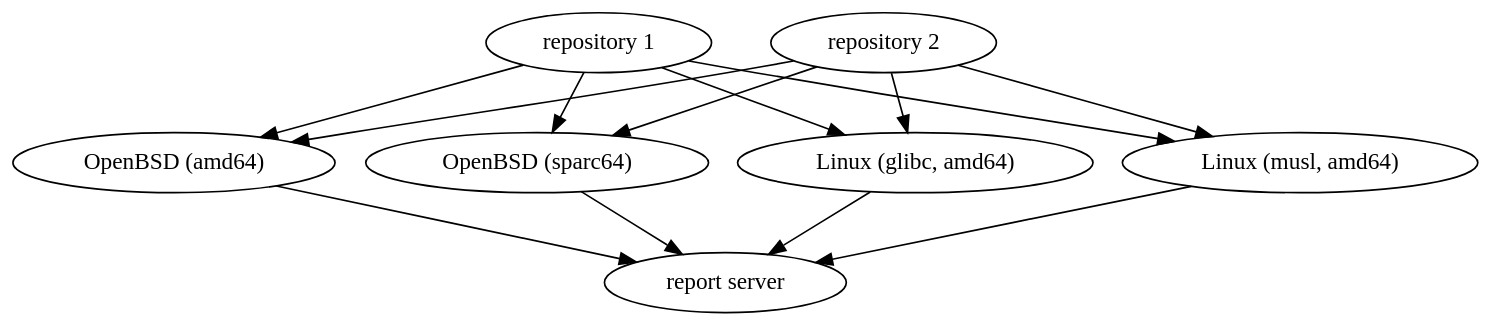
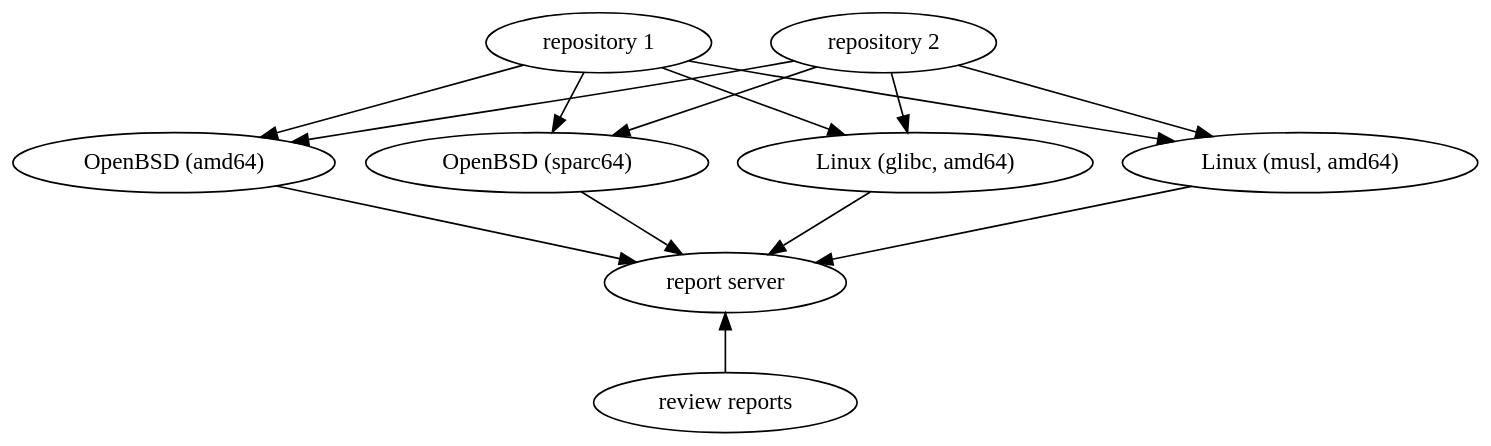
The diagram in portability-fig10.dot (kristapsdz/bchs), drawn with Graphviz before and after one commit. The commit also changed 3 other files, not shown here.

Commit message:
Finish portability sequence.

```diff
--- a/portability-fig10.dot
+++ b/portability-fig10.dot
@@ -1,20 +1,24 @@
 digraph {
 	bgcolor="transparent";
 
 	{ rank=source;
 	  repo1 [label="repository 1"];
 	  repo2 [label="repository 2"];  }
 
 	{ rank=same;
 	  testrunner1 [label="Linux (glibc, amd64)"];
 	  testrunner2 [label="Linux (musl, amd64)"];
 	  testrunner3 [label="OpenBSD (amd64)"];
 	  testrunner4 [label="OpenBSD (sparc64)"]; }
 
+	{ rank=same;
+	  reports [label="report server"]; }
+
 	{ rank=sink;
-	  reports [label="report server"]; }
+	  reviewer [label="review reports"]; }
 
 	repo1 -> { testrunner1, testrunner2, testrunner3, testrunner4 [dir="both"] };
 	repo2 -> { testrunner1, testrunner2, testrunner3, testrunner4 [dir="both"] };
 	{ testrunner1, testrunner2, testrunner3, testrunner4 } -> reports;
+	reviewer -> reports;
 }
```
